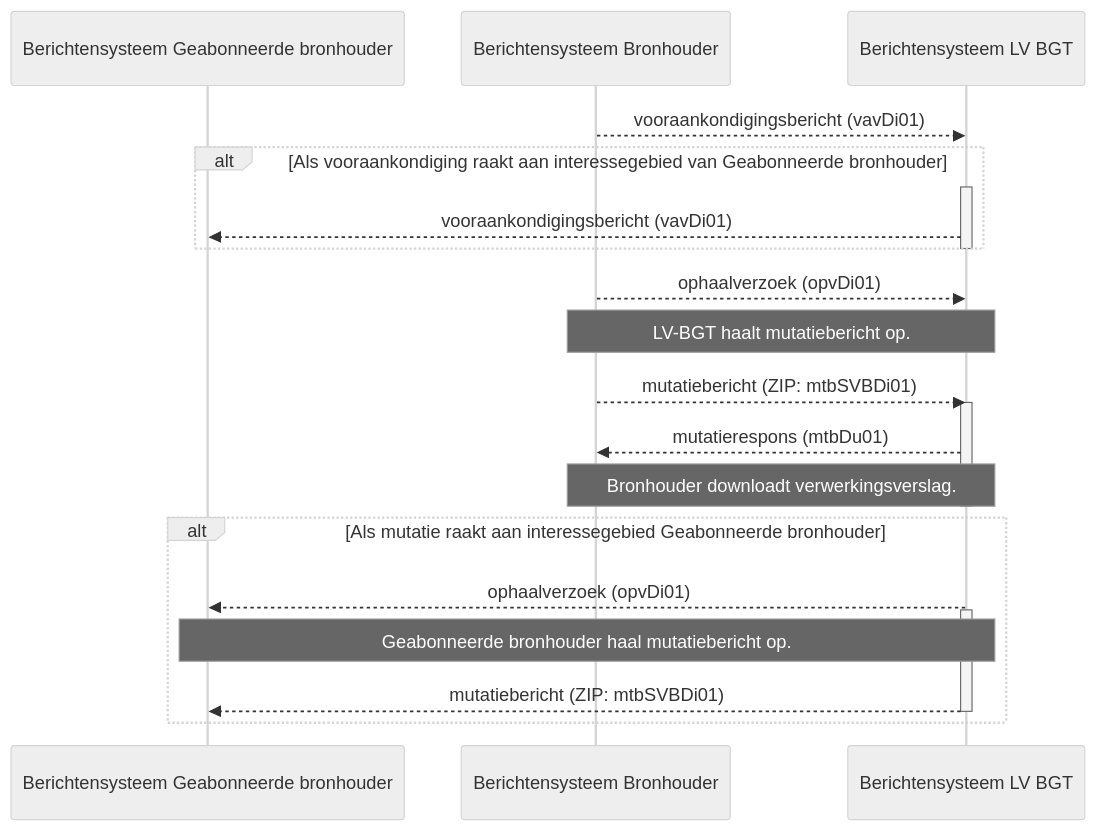
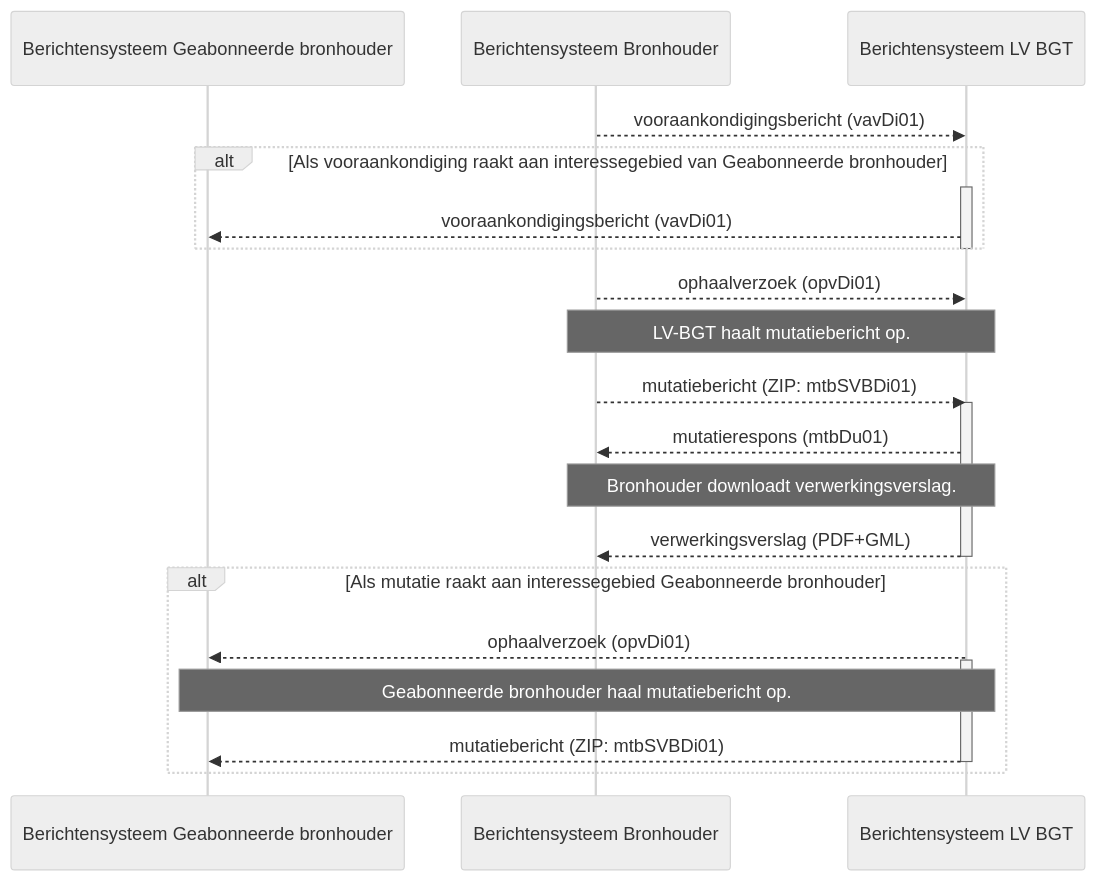
Before and after one commit to Geonovum/IMGeo: the second of 2 diagrams in werkafspraken/bgt-berichtenverkeer/2-werkafspraak.md, drawn with Mermaid (neutral theme).

```diff
--- a/werkafspraken/bgt-berichtenverkeer/2-werkafspraak.md
+++ b/werkafspraken/bgt-berichtenverkeer/2-werkafspraak.md
@@ -93,26 +93,27 @@
 <div class="mermaid">
 sequenceDiagram          
     participant Berichtensysteem Geabonneerde bronhouder    
     participant Berichtensysteem Bronhouder  
     participant Berichtensysteem LV BGT   
     Berichtensysteem Bronhouder-->>Berichtensysteem LV BGT: vooraankondigingsbericht (vavDi01)
     alt Als vooraankondiging raakt aan interessegebied van Geabonneerde bronhouder
     activate Berichtensysteem LV BGT    
     Berichtensysteem LV BGT-->>Berichtensysteem Geabonneerde bronhouder: vooraankondigingsbericht (vavDi01)
     end
     deactivate Berichtensysteem LV BGT
     Berichtensysteem Bronhouder-->>Berichtensysteem LV BGT: ophaalverzoek (opvDi01)
 	Note over Berichtensysteem Bronhouder ,  Berichtensysteem LV BGT: LV-BGT haalt mutatiebericht op.
 	Berichtensysteem Bronhouder-->>Berichtensysteem LV BGT: mutatiebericht (ZIP: mtbSVBDi01)		   
     activate Berichtensysteem LV BGT
 	Berichtensysteem LV BGT-->>Berichtensysteem Bronhouder: mutatierespons (mtbDu01)	
     Note over Berichtensysteem Bronhouder ,  Berichtensysteem LV BGT: Bronhouder downloadt verwerkingsverslag.
+    Berichtensysteem LV BGT-->>Berichtensysteem Bronhouder: verwerkingsverslag (PDF+GML)	
     deactivate Berichtensysteem LV BGT
     alt Als mutatie raakt aan interessegebied Geabonneerde bronhouder
     Berichtensysteem LV BGT-->>Berichtensysteem Geabonneerde bronhouder: ophaalverzoek (opvDi01)
     activate Berichtensysteem LV BGT
     Note over Berichtensysteem Geabonneerde bronhouder, Berichtensysteem LV BGT: Geabonneerde bronhouder haal mutatiebericht op.
 	Berichtensysteem LV BGT-->>Berichtensysteem Geabonneerde bronhouder: mutatiebericht (ZIP: mtbSVBDi01)	
     deactivate Berichtensysteem LV BGT
     end
 </div>
```
